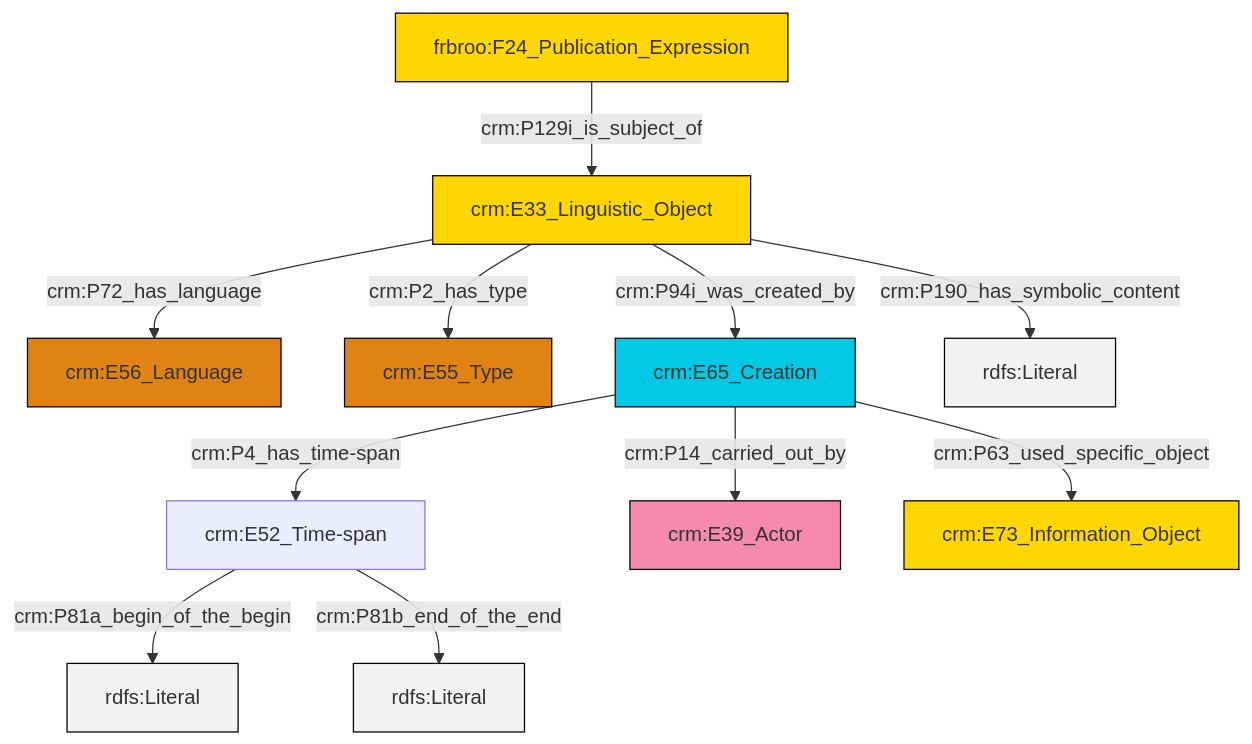
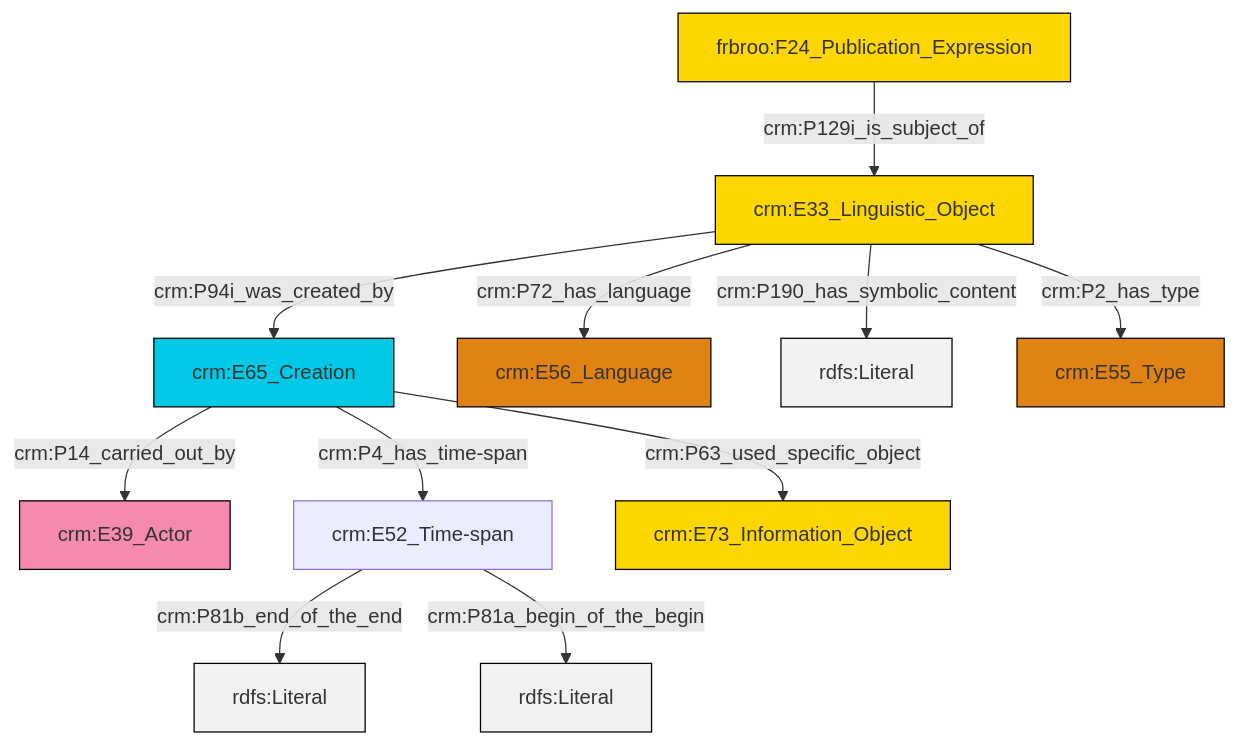
The diagram in et/biblioCSV/ttl/mmd/biblio_description.ttl.mmd (swiss-art-research-net/reference-data-models), drawn with Mermaid before and after one commit. The commit also changed 125 other files, not shown here.

```diff
--- a/et/biblioCSV/ttl/mmd/biblio_description.ttl.mmd
+++ b/et/biblioCSV/ttl/mmd/biblio_description.ttl.mmd
@@ -1,25 +1,25 @@
 graph TD
 classDef Literal fill:#f2f2f2,stroke:#000000;
 classDef CRM_Entity fill:#FFFFFF,stroke:#000000;
 classDef Temporal_Entity fill:#00C9E6, stroke:#000000;
 classDef Type fill:#E18312, stroke:#000000;
 classDef Time-Span fill:#2C9C91, stroke:#000000;
 classDef Appellation fill:#FFEB7F, stroke:#000000;
 classDef Place fill:#008836, stroke:#000000;
 classDef Persistent_Item fill:#B266B2, stroke:#000000;
 classDef Conceptual_Object fill:#FFD700, stroke:#000000;
 classDef Physical_Thing fill:#D2B48C, stroke:#000000;
 classDef Actor fill:#f58aad, stroke:#000000;
 classDef PC_Classes fill:#4ce600, stroke:#000000;
 classDef Multi fill:#cccccc,stroke:#000000;
 
-2["crm:E52_Time-span"]:::Default -->|crm:P81a_begin_of_the_begin| 3[rdfs:Literal]:::Literal
-2["crm:E52_Time-span"]:::Default -->|crm:P81b_end_of_the_end| 4[rdfs:Literal]:::Literal
-7["crm:E33_Linguistic_Object"]:::Conceptual_Object -->|crm:P72_has_language| 0["crm:E56_Language"]:::Type
-12["frbroo:F24_Publication_Expression"]:::Conceptual_Object -->|crm:P129i_is_subject_of| 7["crm:E33_Linguistic_Object"]:::Conceptual_Object
-13["crm:E65_Creation"]:::Temporal_Entity -->|crm:P63_used_specific_object| 8["crm:E73_Information_Object"]:::Conceptual_Object
-13["crm:E65_Creation"]:::Temporal_Entity -->|crm:P4_has_time-span| 2["crm:E52_Time-span"]:::Default
-7["crm:E33_Linguistic_Object"]:::Conceptual_Object -->|crm:P190_has_symbolic_content| 14[rdfs:Literal]:::Literal
-13["crm:E65_Creation"]:::Temporal_Entity -->|crm:P14_carried_out_by| 5["crm:E39_Actor"]:::Actor
-7["crm:E33_Linguistic_Object"]:::Conceptual_Object -->|crm:P2_has_type| 10["crm:E55_Type"]:::Type
-7["crm:E33_Linguistic_Object"]:::Conceptual_Object -->|crm:P94i_was_created_by| 13["crm:E65_Creation"]:::Temporal_Entity
+6["crm:E33_Linguistic_Object"]:::Conceptual_Object -->|crm:P190_has_symbolic_content| 8[rdfs:Literal]:::Literal
+11["crm:E52_Time-span"]:::Default -->|crm:P81b_end_of_the_end| 12[rdfs:Literal]:::Literal
+2["crm:E65_Creation"]:::Temporal_Entity -->|crm:P4_has_time-span| 11["crm:E52_Time-span"]:::Default
+6["crm:E33_Linguistic_Object"]:::Conceptual_Object -->|crm:P2_has_type| 9["crm:E55_Type"]:::Type
+11["crm:E52_Time-span"]:::Default -->|crm:P81a_begin_of_the_begin| 18[rdfs:Literal]:::Literal
+2["crm:E65_Creation"]:::Temporal_Entity -->|crm:P14_carried_out_by| 0["crm:E39_Actor"]:::Actor
+6["crm:E33_Linguistic_Object"]:::Conceptual_Object -->|crm:P94i_was_created_by| 2["crm:E65_Creation"]:::Temporal_Entity
+2["crm:E65_Creation"]:::Temporal_Entity -->|crm:P63_used_specific_object| 16["crm:E73_Information_Object"]:::Conceptual_Object
+6["crm:E33_Linguistic_Object"]:::Conceptual_Object -->|crm:P72_has_language| 4["crm:E56_Language"]:::Type
+14["frbroo:F24_Publication_Expression"]:::Conceptual_Object -->|crm:P129i_is_subject_of| 6["crm:E33_Linguistic_Object"]:::Conceptual_Object
```
